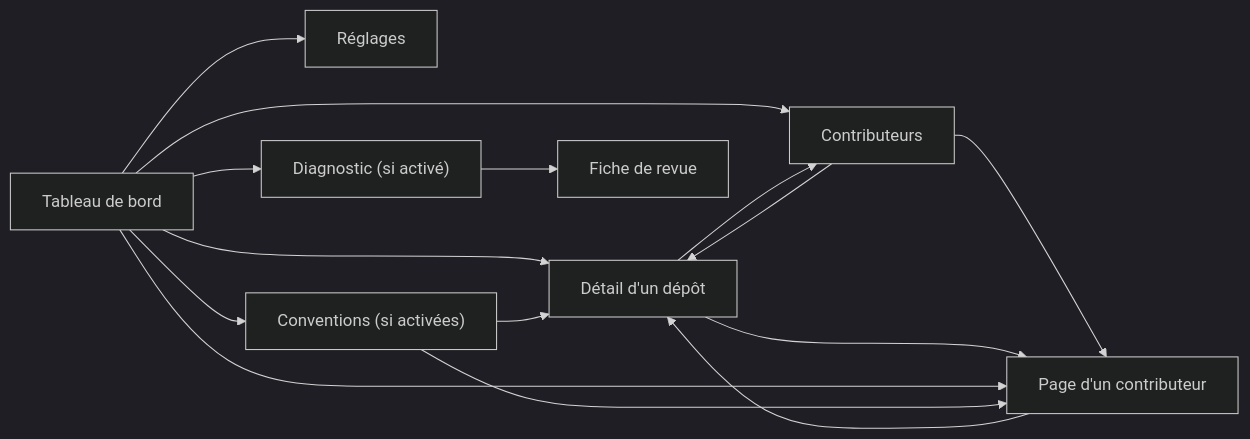
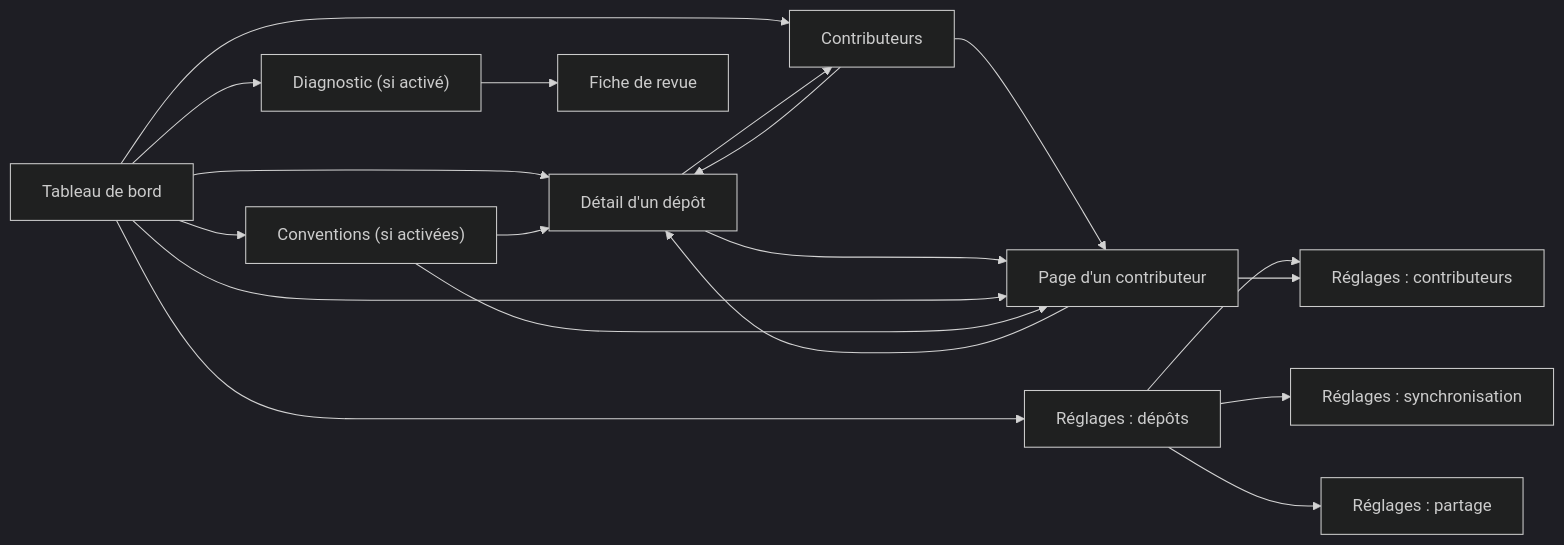
Before and after one commit to studoo-app/watchoo: the diagram in documentation/fr/06-interface-web.md, drawn with Mermaid (dark theme). The commit also changed other lines of this file and 9 other files, not shown here.

Commit message:
docs: documente les noms donnés aux contributeurs et les pages de réglages

````diff
--- a/documentation/fr/06-interface-web.md
+++ b/documentation/fr/06-interface-web.md
@@ -650,17 +714,21 @@
 ```mermaid
 flowchart LR
     DASH["Tableau de bord"] --> REPO["Détail d'un dépôt"]
     DASH --> CONTRIB["Contributeurs"]
-    DASH --> SET["Réglages"]
+    DASH --> SET["Réglages : dépôts"]
+    SET --> SETC["Réglages : contributeurs"]
+    SET --> SETS["Réglages : synchronisation"]
+    SET --> SETP["Réglages : partage"]
+    PERSON --> SETC
     REPO --> CONTRIB
     CONTRIB --> REPO
     CONTRIB --> PERSON["Page d'un contributeur"]
     REPO --> PERSON
     DASH --> PERSON
     PERSON --> REPO
     DASH --> DIAG["Diagnostic (si activé)"]
     DIAG --> LEAD["Fiche de revue"]
     DASH --> CONV["Conventions (si activées)"]
     CONV --> REPO
     CONV --> PERSON
 ```
````
